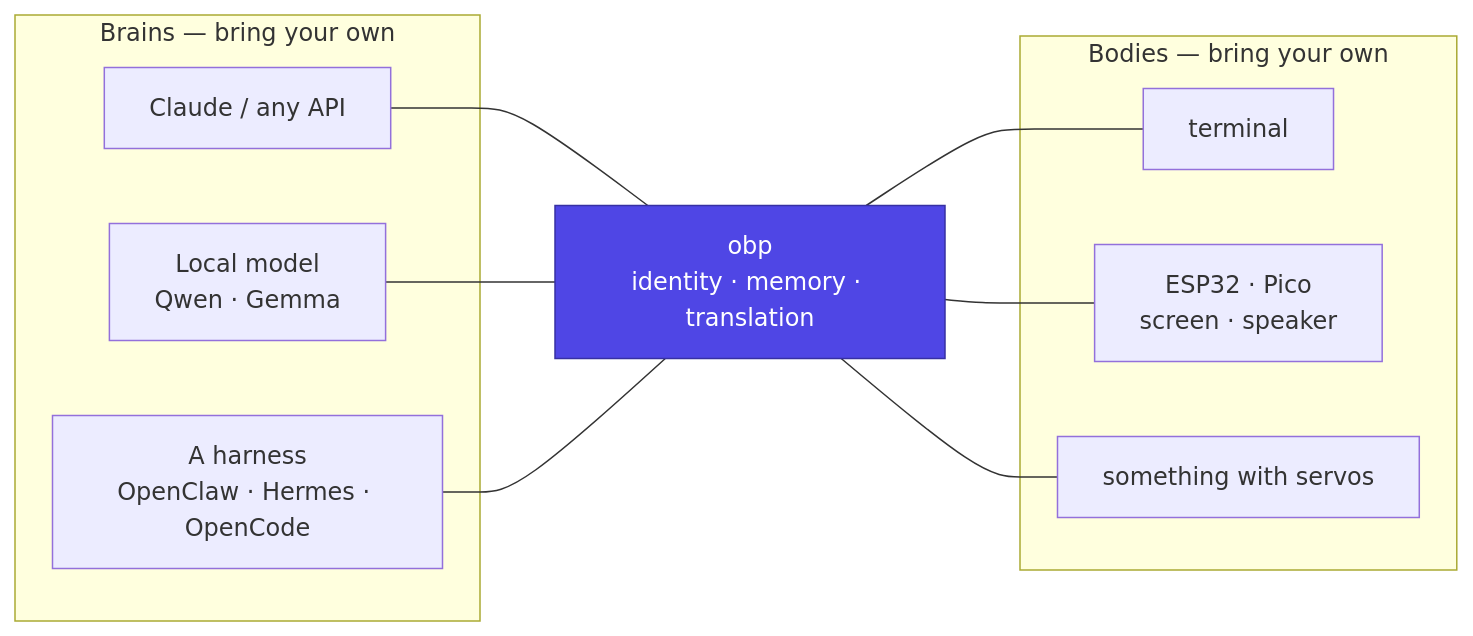
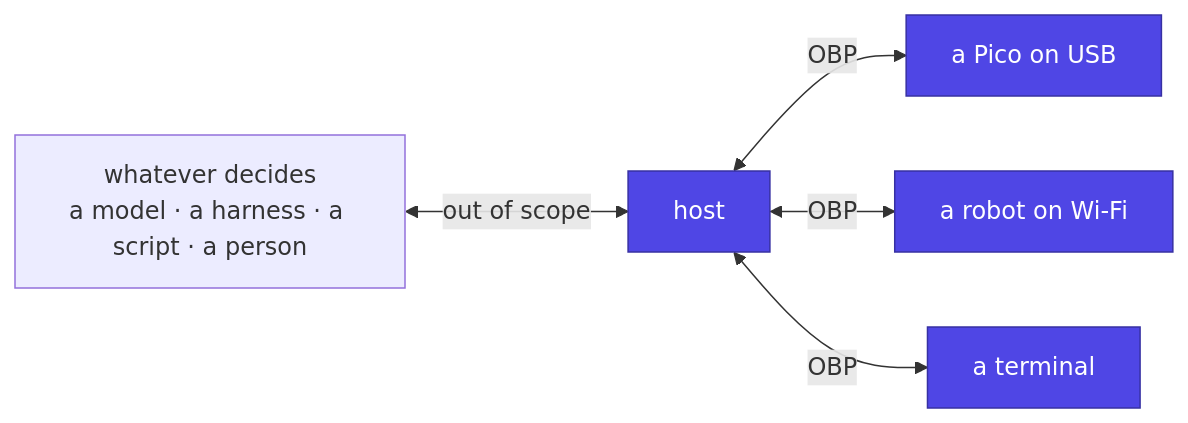
Before and after one commit to jcarranz97/open-body-protocol: the diagram in docs/index.md, drawn with Mermaid. The commit also changed other lines of this file and 32 other files, not shown here.

````diff
--- a/docs/index.md
+++ b/docs/index.md
@@ -12,26 +10,16 @@
 ```mermaid
 flowchart LR
-    subgraph Brains["Brains — bring your own"]
-        B1["Claude / any API"]
-        B2["Local model<br/>Qwen · Gemma"]
-        B3["A harness<br/>OpenClaw · Hermes · OpenCode"]
-    end
+    D["whatever decides<br/>a model · a harness · a script · a person"]
+    H["host"]
+    B1["a Pico on USB"]
+    B2["a robot on Wi-Fi"]
+    B3["a terminal"]
 
-    D["obp<br/>identity · memory · translation"]
+    D <-->|"out of scope"| H
+    H <-->|"OBP"| B1
+    H <-->|"OBP"| B2
+    H <-->|"OBP"| B3
 
-    subgraph Bodies["Bodies — bring your own"]
-        Y1["terminal"]
-        Y2["ESP32 · Pico<br/>screen · speaker"]
-        Y3["something with servos"]
-    end
-
-    B1 --- D
-    B2 --- D
-    B3 --- D
-    D --- Y1
-    D --- Y2
-    D --- Y3
-
-    classDef core fill:#4f46e5,stroke:#3730a3,color:#fff
-    class D core
+    classDef spec fill:#4f46e5,stroke:#3730a3,color:#fff
+    class H,B1,B2,B3 spec
 ```
````
